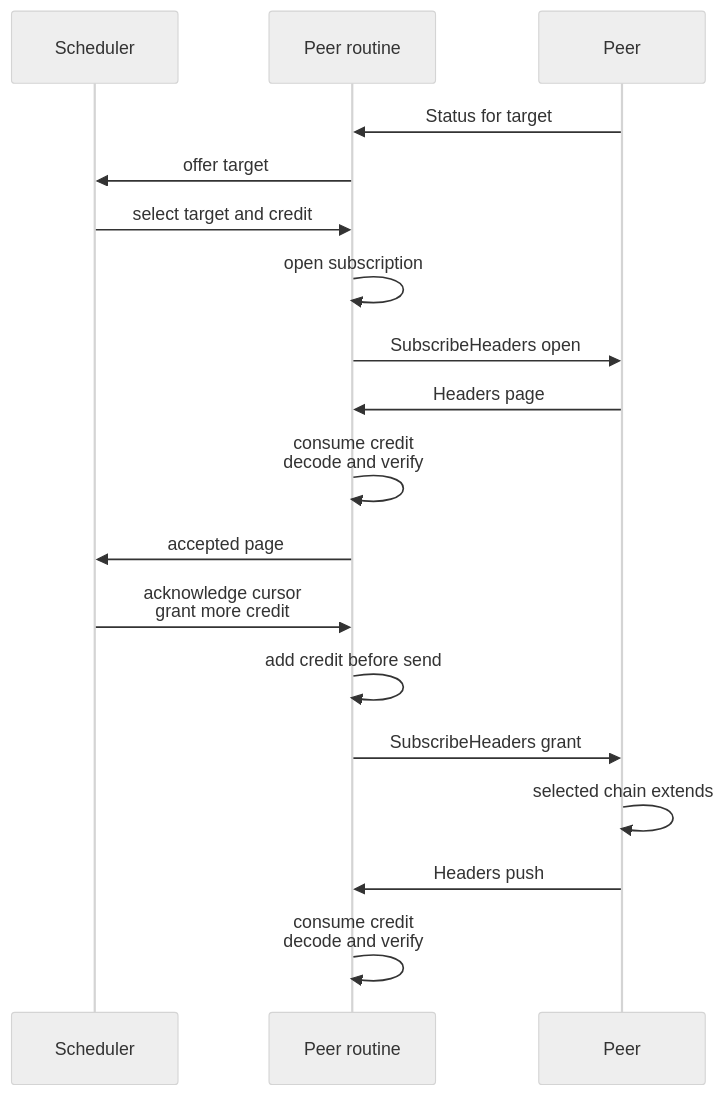
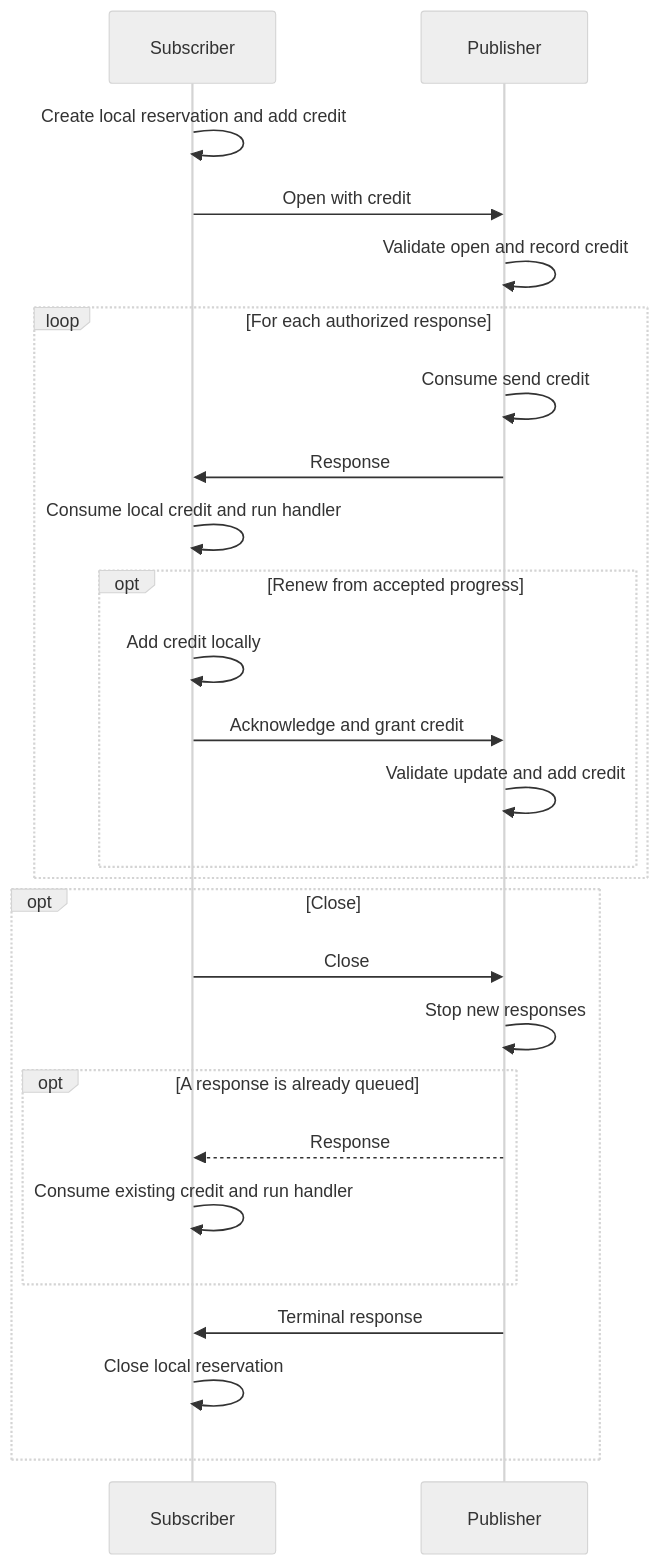
One commit to zakura-core/zakura changed the second of 2 diagrams in docs/design/peer-message-regulation.md. Above: the diagram before and after it, drawn with Mermaid (neutral theme). The commit also changed other lines of this file and 1 other file, not shown here.

Commit message:
docs: cleanup and refactor

````diff
--- a/docs/design/peer-message-regulation.md
+++ b/docs/design/peer-message-regulation.md
@@ -117,20 +133,28 @@
 ```mermaid
 sequenceDiagram
-    participant S as Scheduler
-    participant R as Peer routine
-    participant P as Peer
-    P->>R: Status for target
-    R->>S: offer target
-    S->>R: select target and credit
-    R->>R: open subscription
-    R->>P: SubscribeHeaders open
-    P->>R: Headers page
-    R->>R: consume credit<br/>decode and verify
-    R->>S: accepted page
-    S->>R: acknowledge cursor<br/>grant more credit
-    R->>R: add credit before send
-    R->>P: SubscribeHeaders grant
-    P->>P: selected chain extends
-    P->>R: Headers push
-    R->>R: consume credit<br/>decode and verify
+    participant S as Subscriber
+    participant P as Publisher
+    S->>S: Create local reservation and add credit
+    S->>P: Open with credit
+    P->>P: Validate open and record credit
+    loop For each authorized response
+        P->>P: Consume send credit
+        P->>S: Response
+        S->>S: Consume local credit and run handler
+        opt Renew from accepted progress
+            S->>S: Add credit locally
+            S->>P: Acknowledge and grant credit
+            P->>P: Validate update and add credit
+        end
+    end
+    opt Close
+        S->>P: Close
+        P->>P: Stop new responses
+        opt A response is already queued
+            P-->>S: Response
+            S->>S: Consume existing credit and run handler
+        end
+        P->>S: Terminal response
+        S->>S: Close local reservation
+    end
 ```
````
